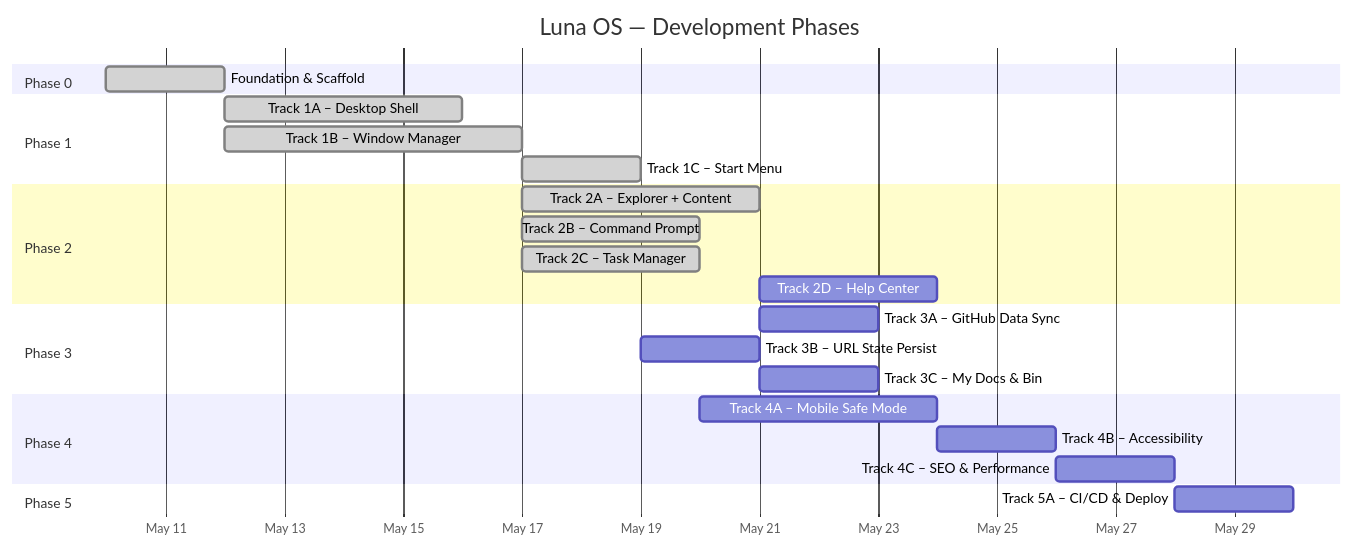
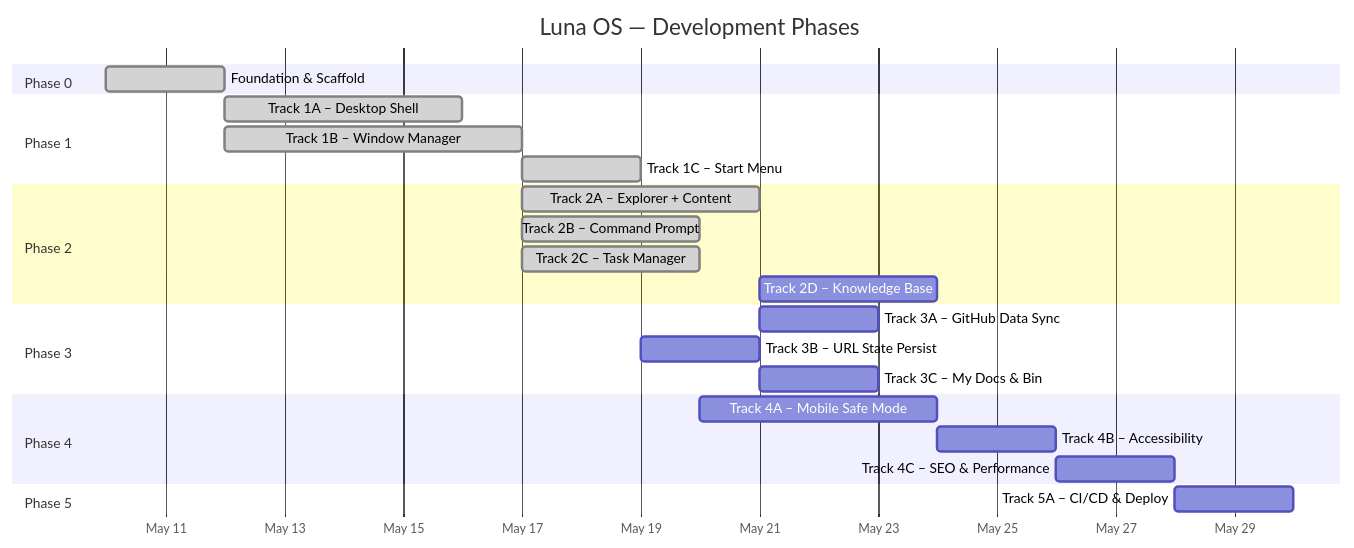
Before and after one commit to mansyar/portfolio-v3: the diagram in docs/ROADMAP.md, drawn with Mermaid. The commit also changed other lines of this file and 7 other files, not shown here.

Commit message:
chore: refine project documentation and knowledge base structure while updating filesystem and navigation labels

````diff
--- a/docs/ROADMAP.md
+++ b/docs/ROADMAP.md
@@ -11,33 +11,33 @@
 ```mermaid
 gantt
     title Luna OS — Development Phases
     dateFormat  YYYY-MM-DD
     axisFormat  %b %d
 
     section Phase 0
     Foundation & Scaffold         :done, p0, 2026-05-10, 2d
 
     section Phase 1
     Track 1A – Desktop Shell      :done, p1a, after p0, 4d
     Track 1B – Window Manager     :done, p1b, after p0, 5d
     Track 1C – Start Menu         :done, p1c, after p1b, 2d
 
     section Phase 2
     Track 2A – Explorer + Content :done, p2a, after p1b, 4d
     Track 2B – Command Prompt     :done, p2b, after p1b, 3d
     Track 2C – Task Manager       :done, p2c, after p1b, 3d
-    Track 2D – Help Center        :p2d, after p2a, 3d
+    Track 2D – Knowledge Base     :p2d, after p2a, 3d
 
     section Phase 3
     Track 3A – GitHub Data Sync   :p3a, after p2a, 2d
     Track 3B – URL State Persist  :p3b, after p1c, 2d
     Track 3C – My Docs & Bin      :p3c, after p2a, 2d
 
     section Phase 4
     Track 4A – Mobile Safe Mode   :p4a, after p2b, 4d
     Track 4B – Accessibility      :p4b, after p4a, 2d
     Track 4C – SEO & Performance  :p4c, after p4b, 2d
 
     section Phase 5
     Track 5A – CI/CD & Deploy     :p5a, after p4c, 2d
 ```
````
